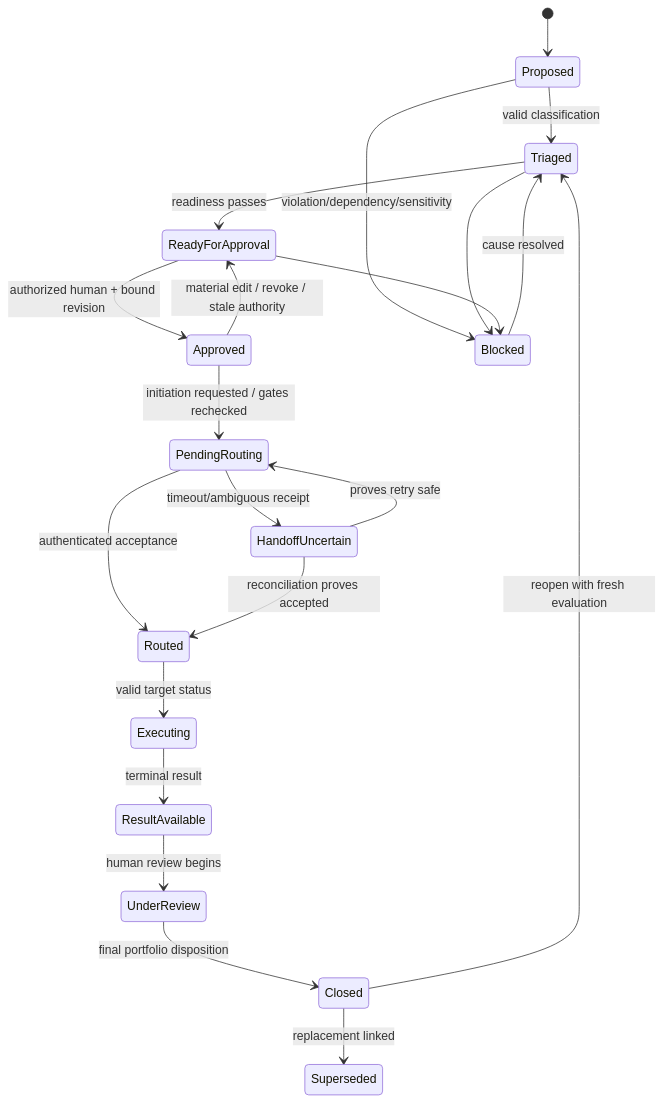
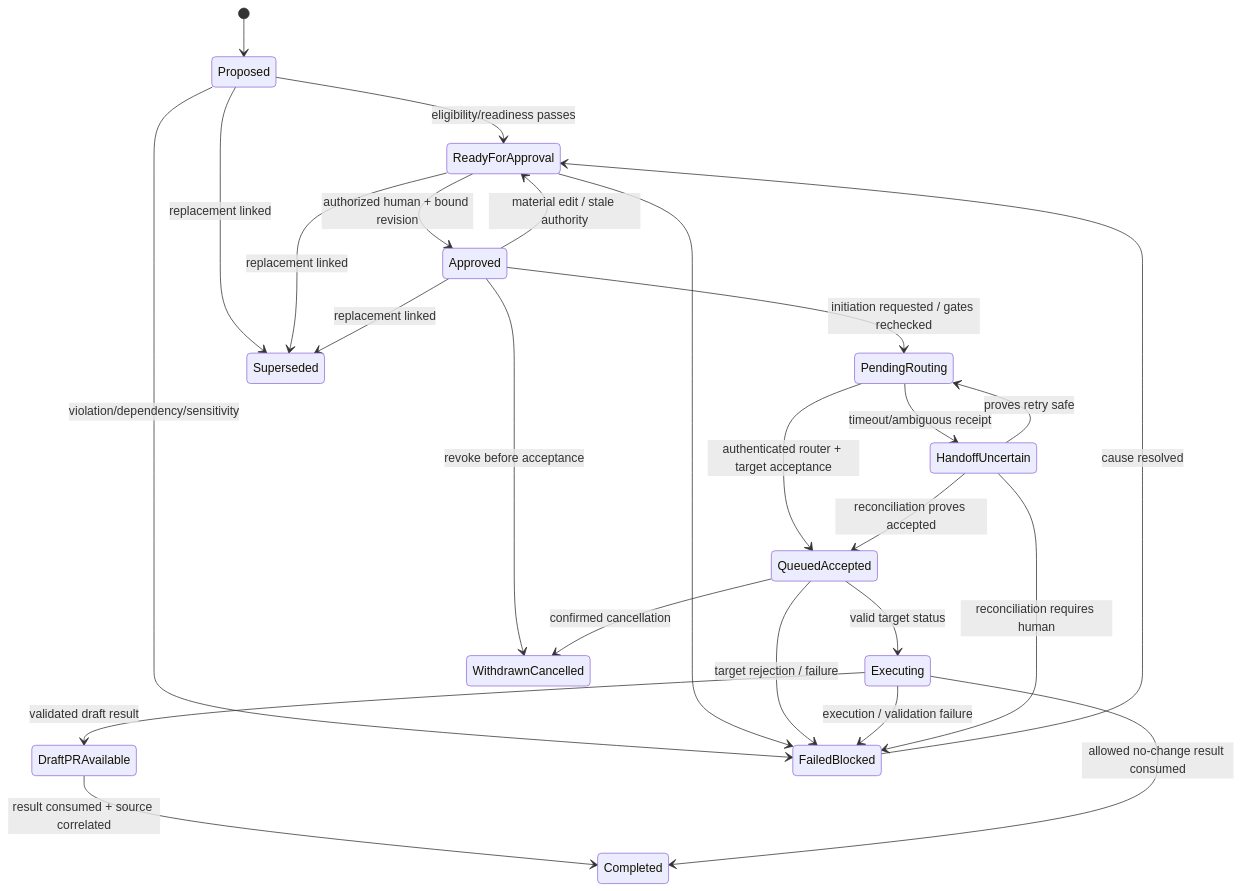
The first of 2 diagrams in docs/architecture/StateModels.md (Young-Consultations/portfolio-tasks), drawn with Mermaid before and after one commit. The commit also changed other lines of this file and 20 other files, not shown here.

````diff
--- a/docs/architecture/StateModels.md
+++ b/docs/architecture/StateModels.md
@@ -5,23 +5,27 @@
 ```mermaid
 stateDiagram-v2
   [*] --> Proposed
-  Proposed --> Triaged: valid classification
-  Triaged --> ReadyForApproval: readiness passes
+  Proposed --> ReadyForApproval: eligibility/readiness passes
   ReadyForApproval --> Approved: authorized human + bound revision
   Approved --> PendingRouting: initiation requested / gates rechecked
-  PendingRouting --> Routed: authenticated acceptance
+  PendingRouting --> QueuedAccepted: authenticated router + target acceptance
   PendingRouting --> HandoffUncertain: timeout/ambiguous receipt
-  HandoffUncertain --> Routed: reconciliation proves accepted
+  HandoffUncertain --> QueuedAccepted: reconciliation proves accepted
   HandoffUncertain --> PendingRouting: proves retry safe
-  Routed --> Executing: valid target status
-  Executing --> ResultAvailable: terminal result
-  ResultAvailable --> UnderReview: human review begins
-  UnderReview --> Closed: final portfolio disposition
-  Proposed --> Blocked: violation/dependency/sensitivity
-  Triaged --> Blocked
-  ReadyForApproval --> Blocked
-  Approved --> ReadyForApproval: material edit / revoke / stale authority
-  Blocked --> Triaged: cause resolved
-  Closed --> Triaged: reopen with fresh evaluation
-  Closed --> Superseded: replacement linked
+  QueuedAccepted --> Executing: valid target status
+  Executing --> DraftPRAvailable: validated draft result
+  DraftPRAvailable --> Completed: result consumed + source correlated
+  Executing --> Completed: allowed no-change result consumed
+  Proposed --> FailedBlocked: violation/dependency/sensitivity
+  ReadyForApproval --> FailedBlocked
+  Approved --> ReadyForApproval: material edit / stale authority
+  Approved --> WithdrawnCancelled: revoke before acceptance
+  QueuedAccepted --> WithdrawnCancelled: confirmed cancellation
+  QueuedAccepted --> FailedBlocked: target rejection / failure
+  Executing --> FailedBlocked: execution / validation failure
+  HandoffUncertain --> FailedBlocked: reconciliation requires human
+  FailedBlocked --> ReadyForApproval: cause resolved
+  Proposed --> Superseded: replacement linked
+  ReadyForApproval --> Superseded: replacement linked
+  Approved --> Superseded: replacement linked
 ```
````
